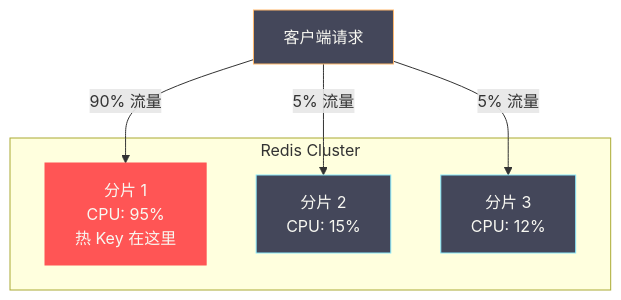
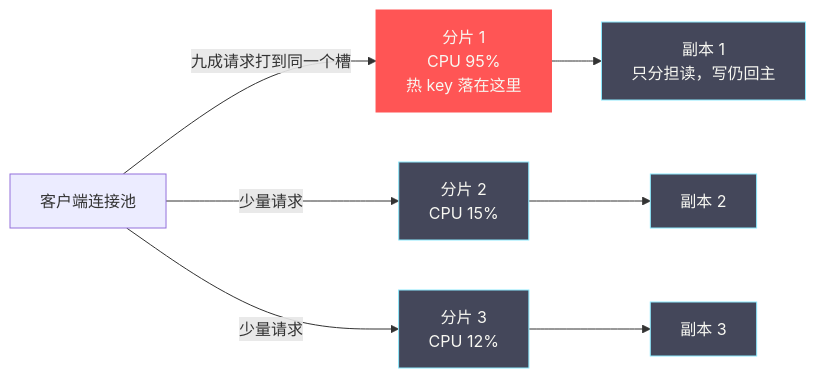
Before and after one commit to hpliStartAgain/my-brain: the third of 4 diagrams in content/中间件/Redis/Redis进阶教程/05 热 Key 大 Key 治理与容量规划.md, drawn with Mermaid. The commit also changed other lines of this file and 455 other files, not shown here.

````diff
--- a/content/中间件/Redis/Redis进阶教程/05 热 Key 大 Key 治理与容量规划.md
+++ b/content/中间件/Redis/Redis进阶教程/05 热 Key 大 Key 治理与容量规划.md
@@ -183,21 +309,15 @@
 ```mermaid
 %%{init: {'theme': 'dracula'}}%%
-graph TD
-    subgraph "Redis Cluster"
-        S1["分片 1</br>CPU: 95%</br>热 Key 在这里"]
-        S2["分片 2</br>CPU: 15%"]
-        S3["分片 3</br>CPU: 12%"]
-    end
-
-    C["客户端请求"] -->|"90% 流量"| S1
-    C -->|"5% 流量"| S2
-    C -->|"5% 流量"| S3
+graph LR
+    C["客户端连接池"] -->|"九成请求打到同一个槽"| S1["分片 1<br/>CPU 95%<br/>热 key 落在这里"]
+    C -->|"少量请求"| S2["分片 2<br/>CPU 15%"]
+    C -->|"少量请求"| S3["分片 3<br/>CPU 12%"]
+    S1 --> R1["副本 1<br/>只分担读，写仍回主"]
+    S2 --> R2["副本 2"]
+    S3 --> R3["副本 3"]
 
     classDef hot fill:#ff5555,stroke:#ff5555,color:#f8f8f2
     classDef normal fill:#44475a,stroke:#8be9fd,color:#f8f8f2
-    classDef client fill:#44475a,stroke:#ffb86c,color:#f8f8f2
-
     class S1 hot
-    class S2,S3 normal
-    class C client
+    class S2,S3,R1,R2,R3 normal
 ```
````
